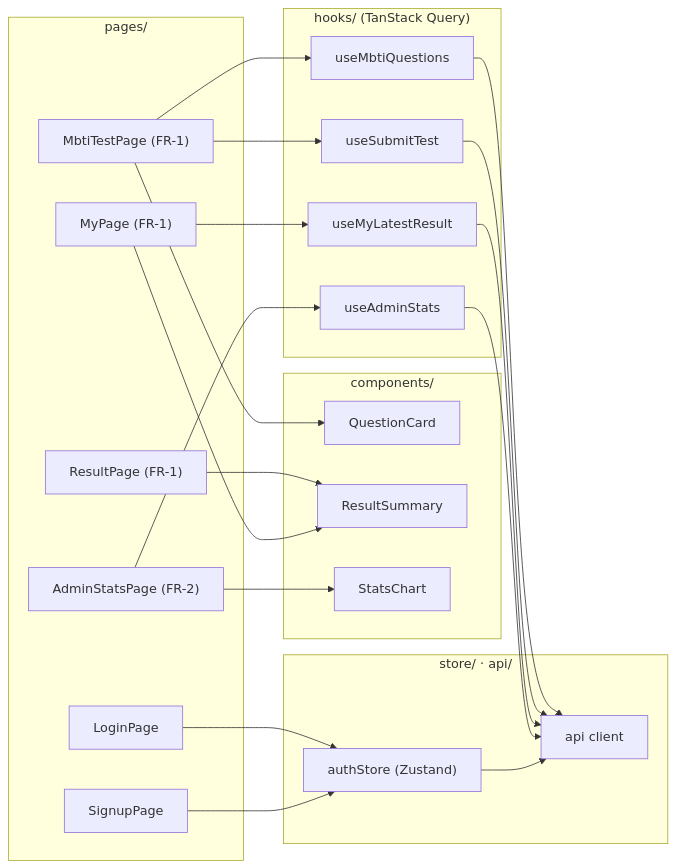
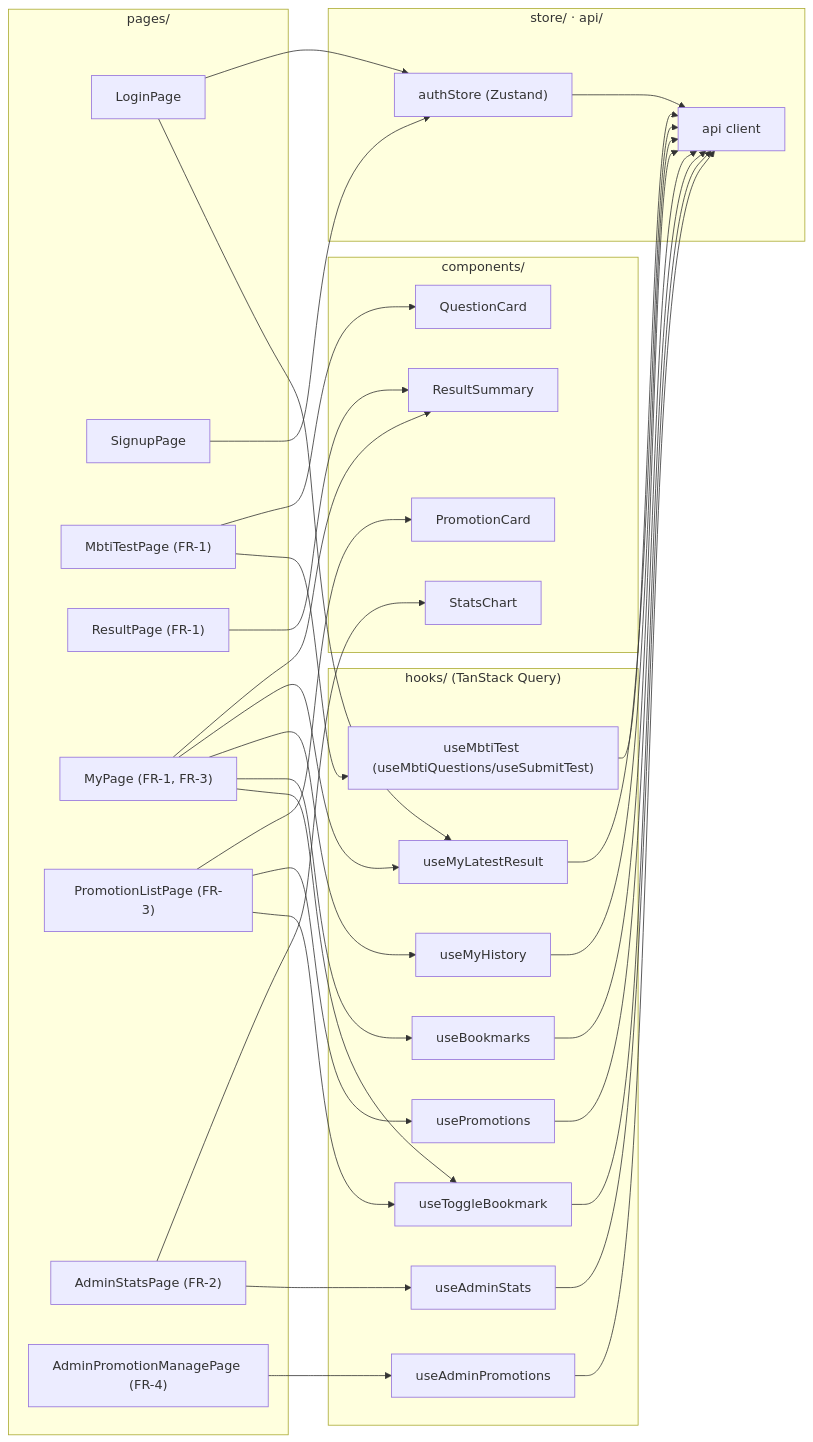
Before and after one commit to zieun0127/b2b-promo: the second of 2 diagrams in docs/6-arch-diagram.md, drawn with Mermaid. The commit also changed other lines of this file and 15 other files, not shown here.

````diff
--- a/docs/6-arch-diagram.md
+++ b/docs/6-arch-diagram.md
@@ -37,46 +37,64 @@
 ```mermaid
 flowchart LR
     subgraph Pages["pages/"]
         LoginPage
         SignupPage
         MbtiTestPage["MbtiTestPage (FR-1)"]
         ResultPage["ResultPage (FR-1)"]
-        MyPage["MyPage (FR-1)"]
+        MyPage["MyPage (FR-1, FR-3)"]
+        PromotionListPage["PromotionListPage (FR-3)"]
         AdminStatsPage["AdminStatsPage (FR-2)"]
+        AdminPromotionManagePage["AdminPromotionManagePage (FR-4)"]
     end
 
     subgraph Components["components/"]
         QuestionCard
         ResultSummary
         StatsChart
+        PromotionCard
     end
 
     subgraph Hooks["hooks/ (TanStack Query)"]
-        useMbtiQuestions
-        useSubmitTest
+        useMbtiTest["useMbtiTest (useMbtiQuestions/useSubmitTest)"]
         useMyLatestResult
+        useMyHistory
+        usePromotions
+        useBookmarks
+        useToggleBookmark
         useAdminStats
+        useAdminPromotions
     end
 
     subgraph StoreApi["store/ · api/"]
         authStore["authStore (Zustand)"]
         apiClient["api client"]
     end
 
     MbtiTestPage --> QuestionCard
-    MbtiTestPage --> useMbtiQuestions
-    MbtiTestPage --> useSubmitTest
+    MbtiTestPage --> useMbtiTest
     ResultPage --> ResultSummary
     MyPage --> ResultSummary
     MyPage --> useMyLatestResult
+    MyPage --> useMyHistory
+    MyPage --> useBookmarks
+    MyPage --> useToggleBookmark
+    PromotionListPage --> PromotionCard
+    PromotionListPage --> usePromotions
+    PromotionListPage --> useToggleBookmark
     AdminStatsPage --> StatsChart
     AdminStatsPage --> useAdminStats
+    AdminPromotionManagePage --> useAdminPromotions
 
     LoginPage --> authStore
+    LoginPage --> useMyLatestResult
     SignupPage --> authStore
-    useMbtiQuestions --> apiClient
-    useSubmitTest --> apiClient
+    useMbtiTest --> apiClient
     useMyLatestResult --> apiClient
+    useMyHistory --> apiClient
+    usePromotions --> apiClient
+    useBookmarks --> apiClient
+    useToggleBookmark --> apiClient
     useAdminStats --> apiClient
+    useAdminPromotions --> apiClient
     authStore --> apiClient
 ```
````
